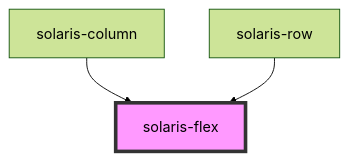
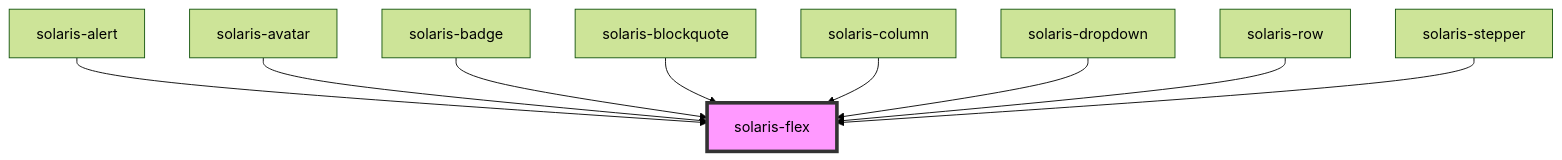
Before and after one commit to Lynxgsm/solaris-design-system: the diagram in packages/stencil-library/src/components/solaris-flex/readme.md, drawn with Mermaid (forest theme). The commit also changed other lines of this file and 22 other files, not shown here.

````diff
--- a/packages/stencil-library/src/components/solaris-flex/readme.md
+++ b/packages/stencil-library/src/components/solaris-flex/readme.md
@@ -27,6 +33,12 @@
 ```mermaid
 graph TD;
+  solaris-alert --> solaris-flex
+  solaris-avatar --> solaris-flex
+  solaris-badge --> solaris-flex
+  solaris-blockquote --> solaris-flex
   solaris-column --> solaris-flex
+  solaris-dropdown --> solaris-flex
   solaris-row --> solaris-flex
+  solaris-stepper --> solaris-flex
   style solaris-flex fill:#f9f,stroke:#333,stroke-width:4px
 ```
````
